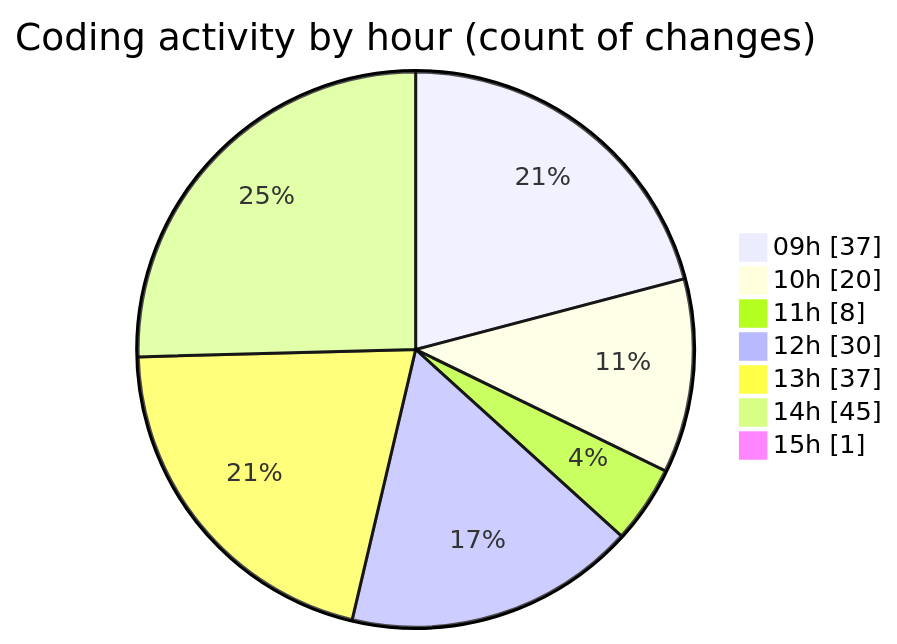
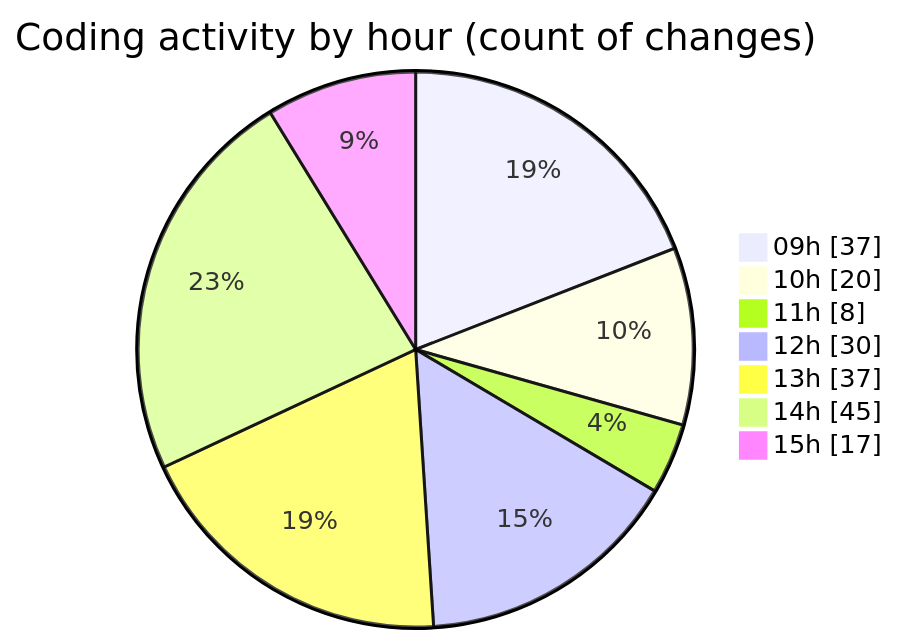
One commit to momahboobian/code-tracking changed the second of 2 diagrams in 2026-05-08/cda/README.md. Above: the diagram before and after it, drawn with Mermaid. The commit also changed other lines of this file and 1 other file, not shown here.

````diff
--- a/2026-05-08/cda/README.md
+++ b/2026-05-08/cda/README.md
@@ -56,11 +56,11 @@
 ```mermaid
 pie showData
 title Coding activity by hour (count of changes)
 "09h" : 37
 "10h" : 20
 "11h" : 8
 "12h" : 30
 "13h" : 37
 "14h" : 45
-"15h" : 1
+"15h" : 17
 ```
````
